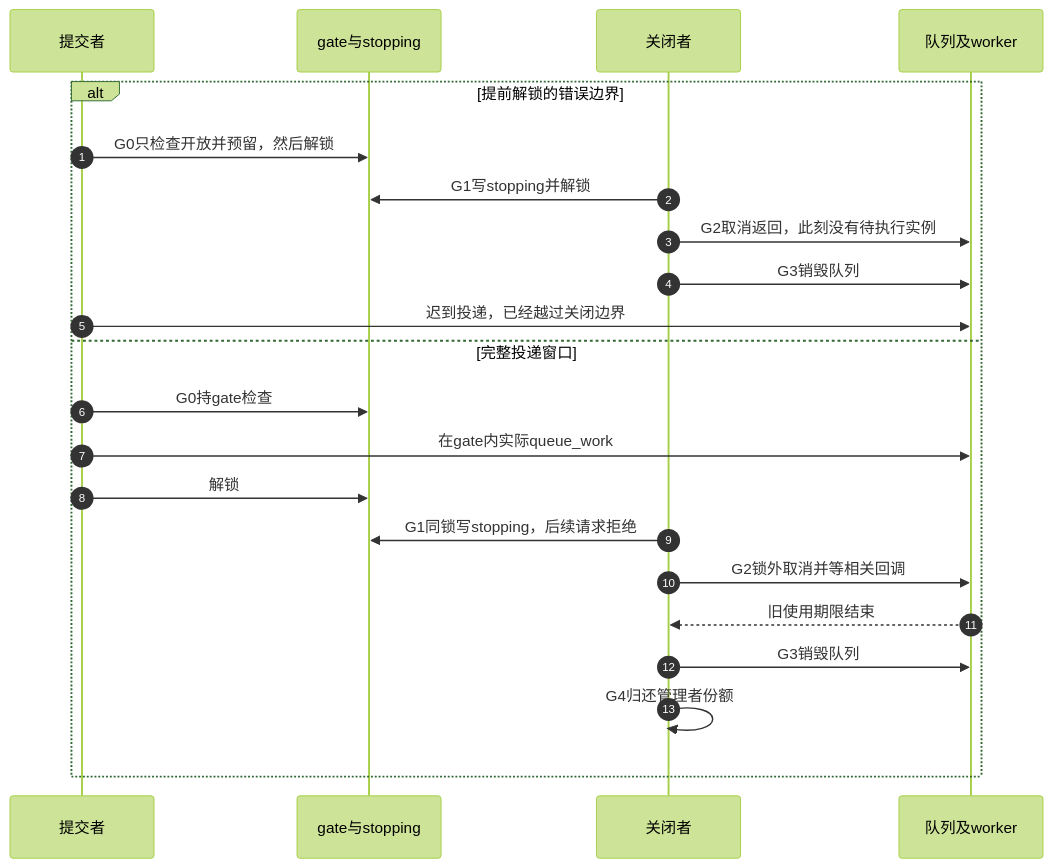
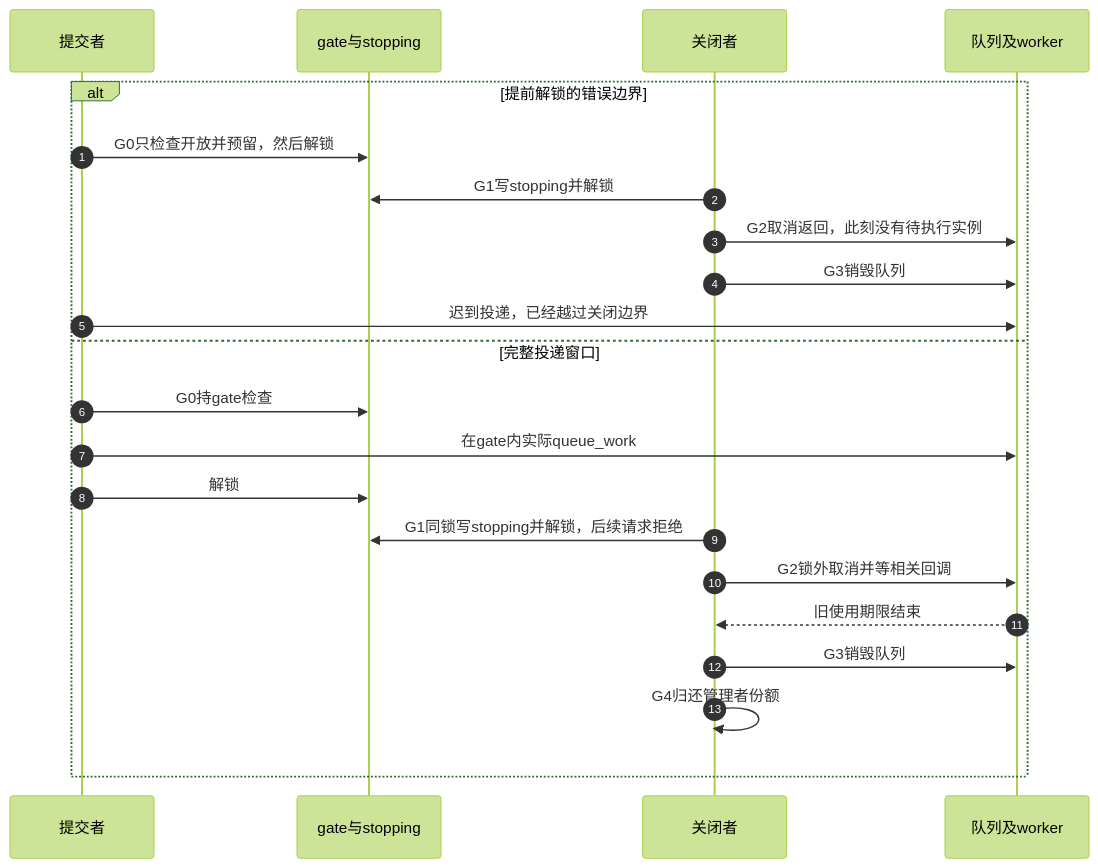
One commit to FormingSystem/linux_note changed the second of 2 diagrams in knowledge/linux/object_lifetime/kref/P35_工作交付与关闭窗口实验.md. Above: the diagram before and after it, drawn with Mermaid (forest theme). The commit also changed other lines of this file and 1 other file, not shown here.

````diff
--- a/knowledge/linux/object_lifetime/kref/P35_工作交付与关闭窗口实验.md
+++ b/knowledge/linux/object_lifetime/kref/P35_工作交付与关闭窗口实验.md
@@ -212,24 +221,24 @@
 ```mermaid
 sequenceDiagram
     autonumber
     participant S as 提交者
     participant G as gate与stopping
     participant M as 关闭者
     participant Q as 队列及worker
     alt 提前解锁的错误边界
         S->>G: G0只检查开放并预留，然后解锁
         M->>G: G1写stopping并解锁
         M->>Q: G2取消返回，此刻没有待执行实例
         M->>Q: G3销毁队列
         S->>Q: 迟到投递，已经越过关闭边界
     else 完整投递窗口
         S->>G: G0持gate检查
         S->>Q: 在gate内实际queue_work
         S->>G: 解锁
-        M->>G: G1同锁写stopping，后续请求拒绝
+        M->>G: G1同锁写stopping并解锁，后续请求拒绝
         M->>Q: G2锁外取消并等相关回调
         Q-->>M: 旧使用期限结束
         M->>Q: G3销毁队列
         M->>M: G4归还管理者份额
     end
 ```
````
